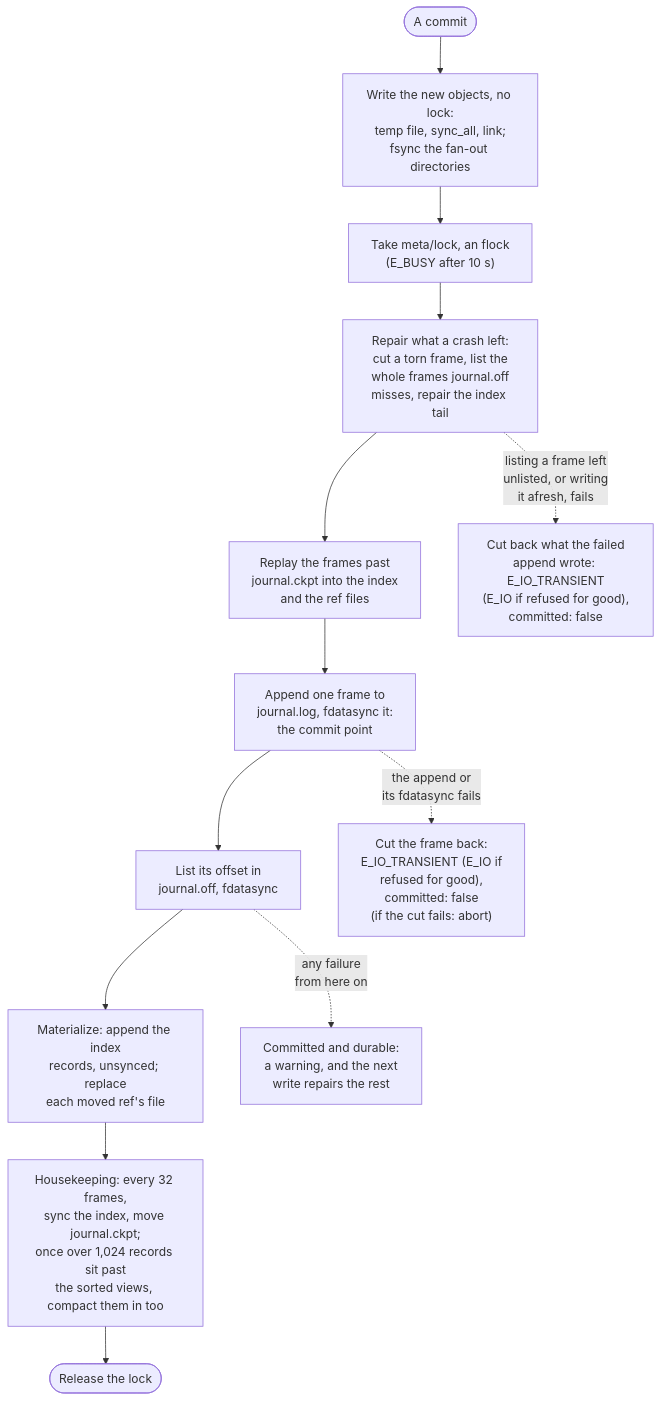
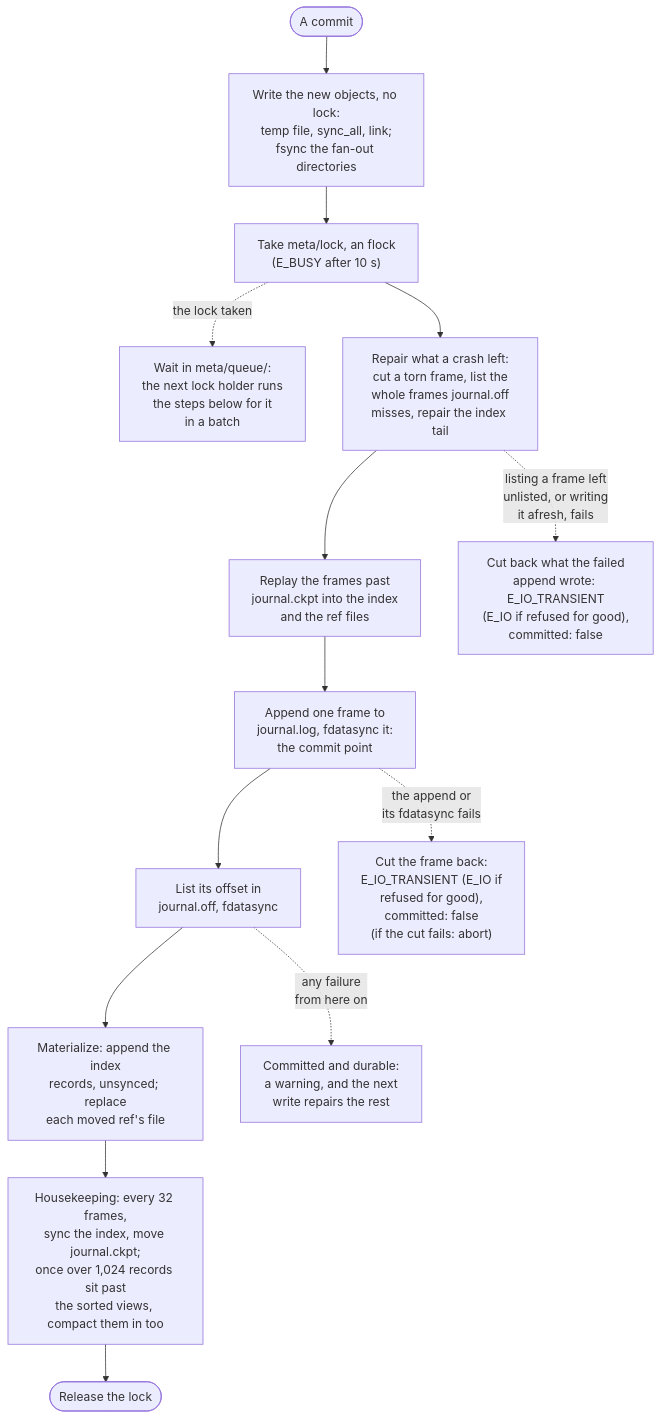
One commit to KeiaiLab/SwarmOps changed the second of 3 diagrams in docs/architecture.md. Above: the diagram before and after it, drawn with Mermaid. The commit also changed other lines of this file and 3 other files, not shown here.

````diff
--- a/docs/architecture.md
+++ b/docs/architecture.md
@@ -313,15 +317,16 @@
 ```mermaid
 flowchart TD
   start(["A commit"]) --> objs["Write the new objects, no lock:<br/>temp file, sync_all, link;<br/>fsync the fan-out directories"]
   objs --> lock["Take meta/lock, an flock<br/>(E_BUSY after 10 s)"]
+  lock -. "the lock taken" .-> queued["Wait in meta/queue/:<br/>the next lock holder runs<br/>the steps below for it<br/>in a batch"]
   lock --> repair["Repair what a crash left:<br/>cut a torn frame, list the<br/>whole frames journal.off<br/>misses, repair the index tail"]
   repair --> replay["Replay the frames past<br/>journal.ckpt into the index<br/>and the ref files"]
   replay --> append["Append one frame to<br/>journal.log, fdatasync it:<br/>the commit point"]
   append --> list["List its offset in<br/>journal.off, fdatasync"]
   list --> mat["Materialize: append the index<br/>records, unsynced; replace<br/>each moved ref's file"]
   mat --> settle["Housekeeping: every 32 frames,<br/>sync the index, move journal.ckpt;<br/>once over 1,024 records sit past<br/>the sorted views, compact them in too"]
   settle --> done(["Release the lock"])
   append -. "the append or<br/>its fdatasync fails" .-> cut["Cut the frame back:<br/>E_IO_TRANSIENT (E_IO if<br/>refused for good),<br/>committed: false<br/>(if the cut fails: abort)"]
   list -. "any failure<br/>from here on" .-> warn["Committed and durable:<br/>a warning, and the next<br/>write repairs the rest"]
   repair -. "listing a frame left<br/>unlisted, or writing<br/>it afresh, fails" .-> notyet["Cut back what the failed<br/>append wrote: E_IO_TRANSIENT<br/>(E_IO if refused for good),<br/>committed: false"]
 ```
````
